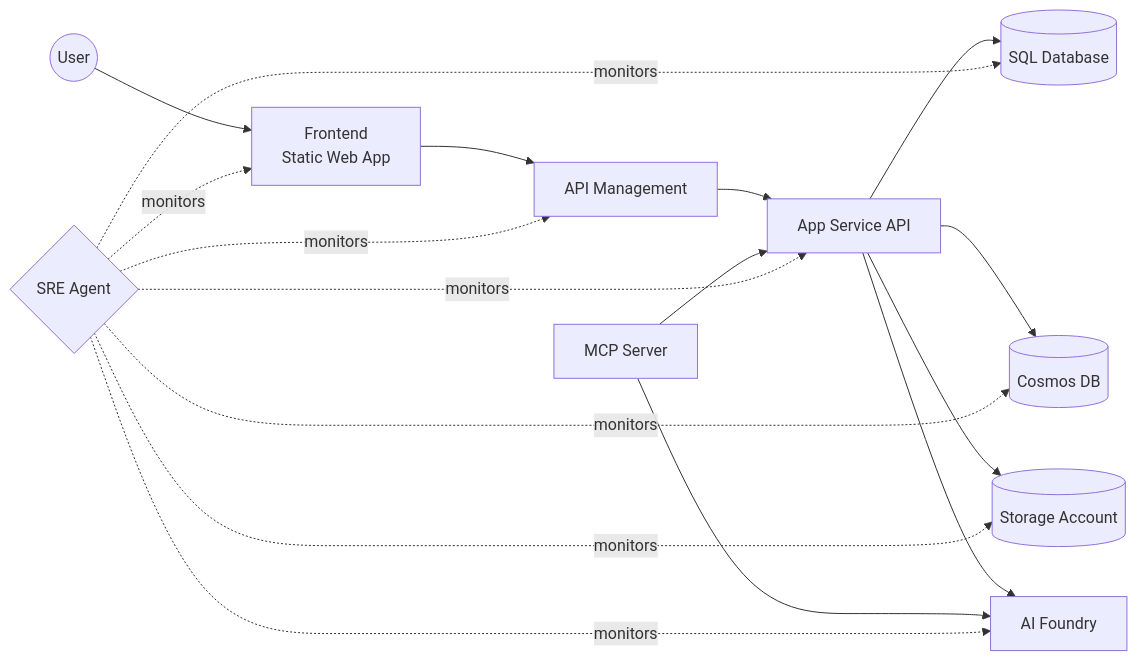
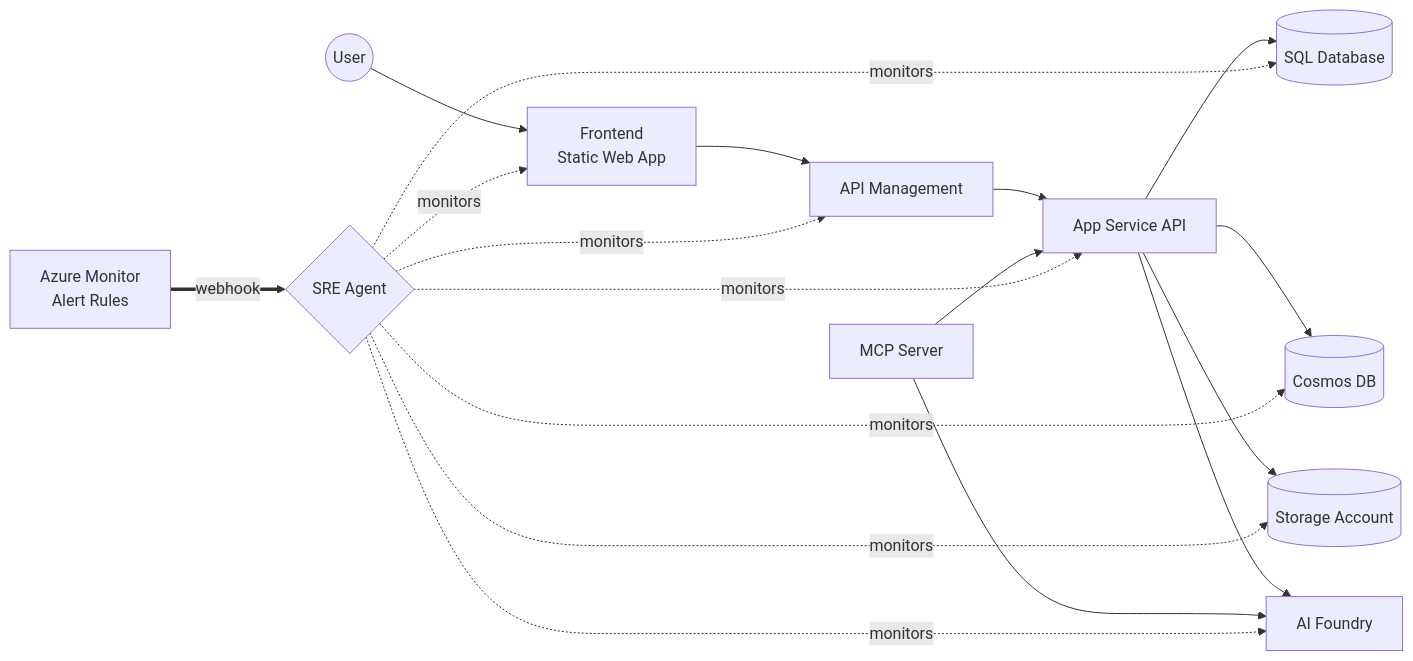
The second of 4 diagrams in README.md (csdmichael/SalesPOC.SRE), drawn with Mermaid before and after one commit. The commit also changed other lines of this file and 6 other files, not shown here.

````diff
--- a/README.md
+++ b/README.md
@@ -80,20 +97,22 @@
 ```mermaid
 graph LR
     User((User)) --> SWA[Frontend<br/>Static Web App]
     SWA --> APIM[API Management]
     APIM --> API[App Service API]
     API --> SQL[(SQL Database)]
     API --> COSMOS[(Cosmos DB)]
     API --> STORAGE[(Storage Account)]
     API --> FOUNDRY[AI Foundry]
     MCP[MCP Server] --> API
     MCP --> FOUNDRY
 
     SRE{SRE Agent} -.monitors.-> SWA
     SRE -.monitors.-> APIM
     SRE -.monitors.-> API
     SRE -.monitors.-> SQL
     SRE -.monitors.-> COSMOS
     SRE -.monitors.-> STORAGE
     SRE -.monitors.-> FOUNDRY
+
+    AzMon[Azure Monitor<br/>Alert Rules] ==webhook==> SRE
 ```
````
